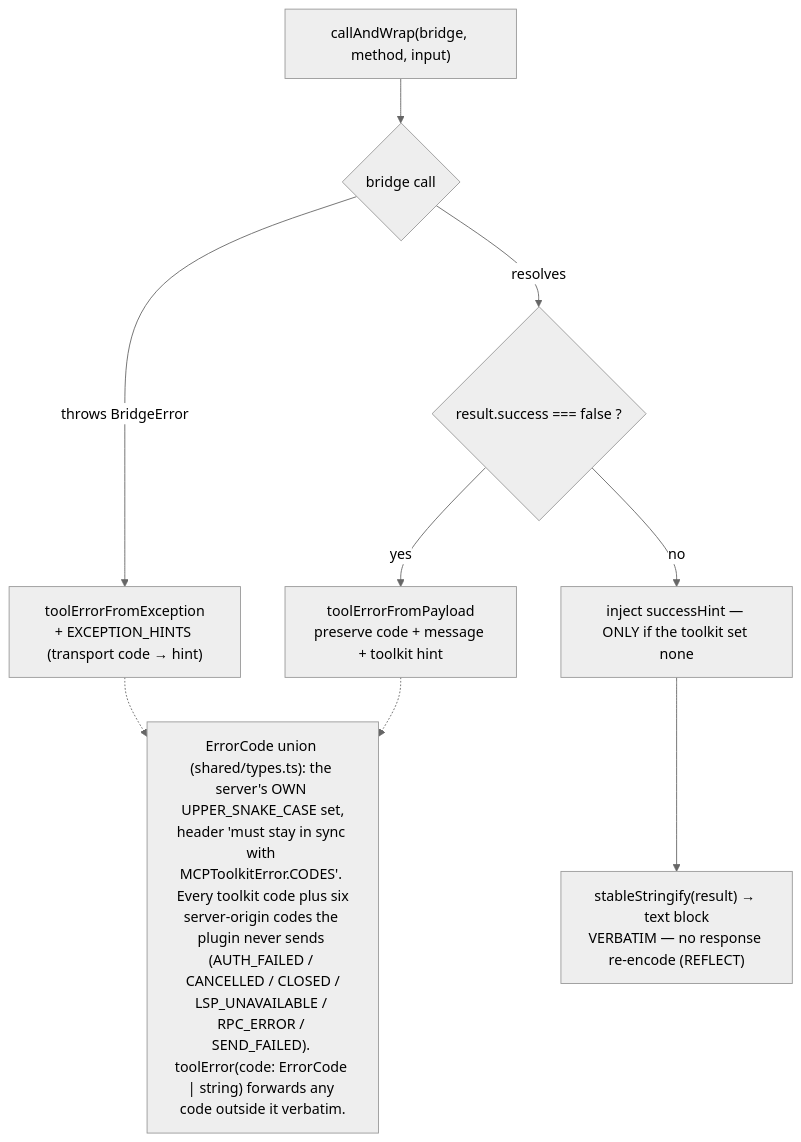
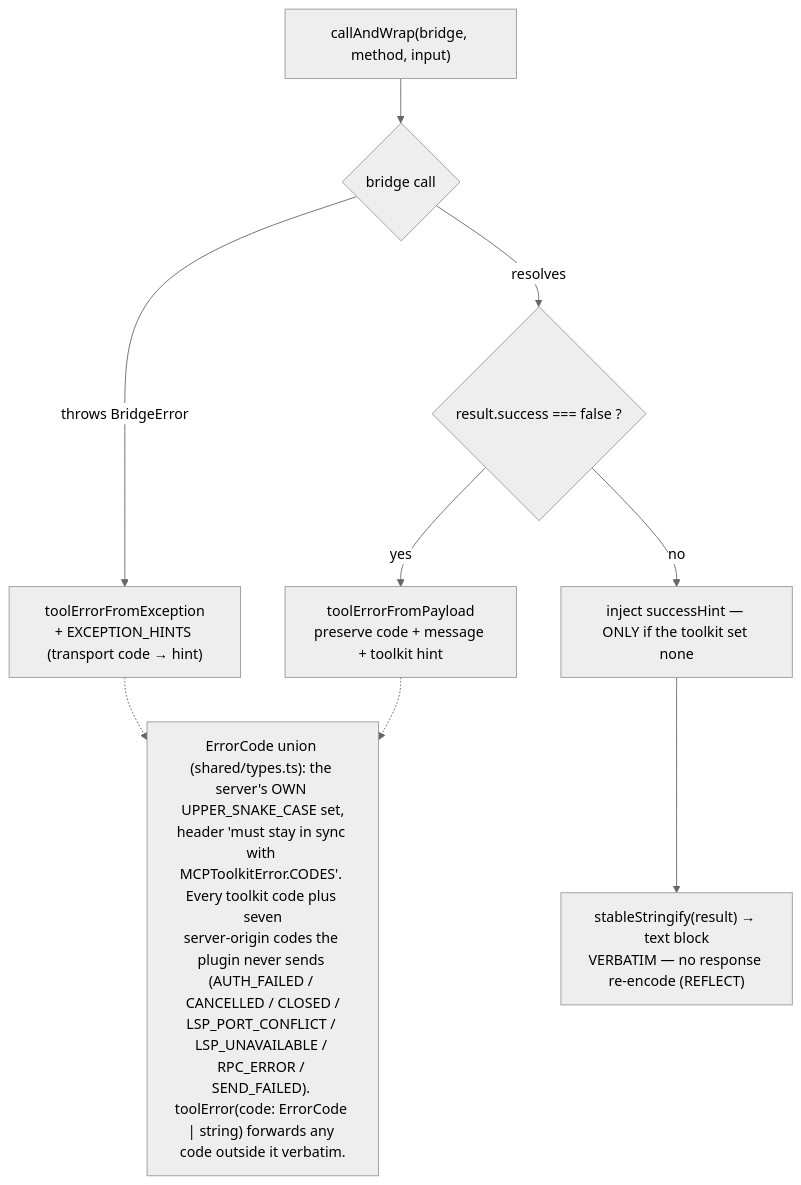
The seventh of 13 diagrams in docs/architecture/README.md (NPGameDev/godot-mcp-server), drawn with Mermaid (neutral theme) before and after one commit. The commit also changed other lines of this file, not shown here.

````diff
--- a/docs/architecture/README.md
+++ b/docs/architecture/README.md
@@ -425,12 +432,12 @@
 ```mermaid
 flowchart TD
     call["callAndWrap(bridge, method, input)"] --> br{"bridge call"}
     br -->|"throws BridgeError"| exc["toolErrorFromException<br/>+ EXCEPTION_HINTS (transport code → hint)"]
     br -->|"resolves"| payload{"result.success === false ?"}
     payload -->|"yes"| pe["toolErrorFromPayload<br/>preserve code + message + toolkit hint"]
     payload -->|"no"| hint["inject successHint — ONLY if the toolkit set none"]
     hint --> reflect["stableStringify(result) → text block<br/>VERBATIM — no response re-encode (REFLECT)"]
-    note["ErrorCode union (shared/types.ts): the server's OWN UPPER_SNAKE_CASE set,<br/>header 'must stay in sync with MCPToolkitError.CODES'. Every toolkit code plus six<br/>server-origin codes the plugin never sends (AUTH_FAILED / CANCELLED / CLOSED /<br/>LSP_UNAVAILABLE / RPC_ERROR / SEND_FAILED). toolError(code: ErrorCode | string) forwards any code outside it verbatim."]
+    note["ErrorCode union (shared/types.ts): the server's OWN UPPER_SNAKE_CASE set,<br/>header 'must stay in sync with MCPToolkitError.CODES'. Every toolkit code plus seven<br/>server-origin codes the plugin never sends (AUTH_FAILED / CANCELLED / CLOSED /<br/>LSP_PORT_CONFLICT / LSP_UNAVAILABLE / RPC_ERROR / SEND_FAILED). toolError(code: ErrorCode | string) forwards any code outside it verbatim."]
     exc -.-> note
     pe -.-> note
 ```
````
